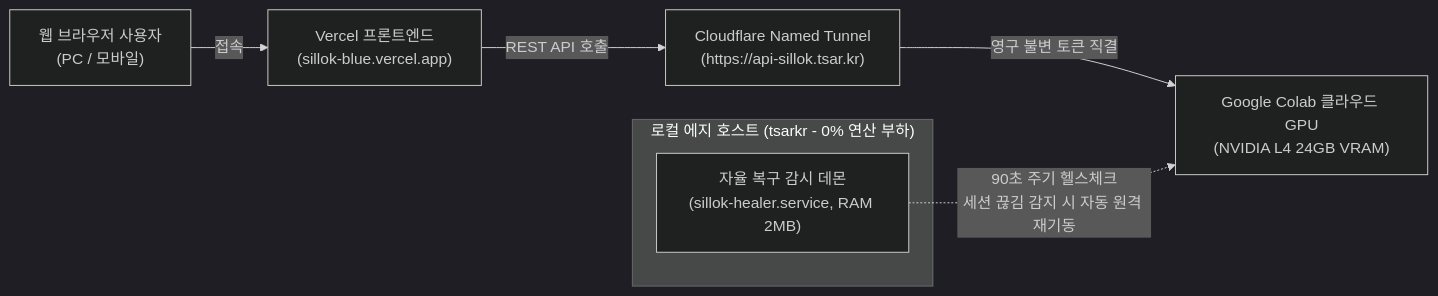
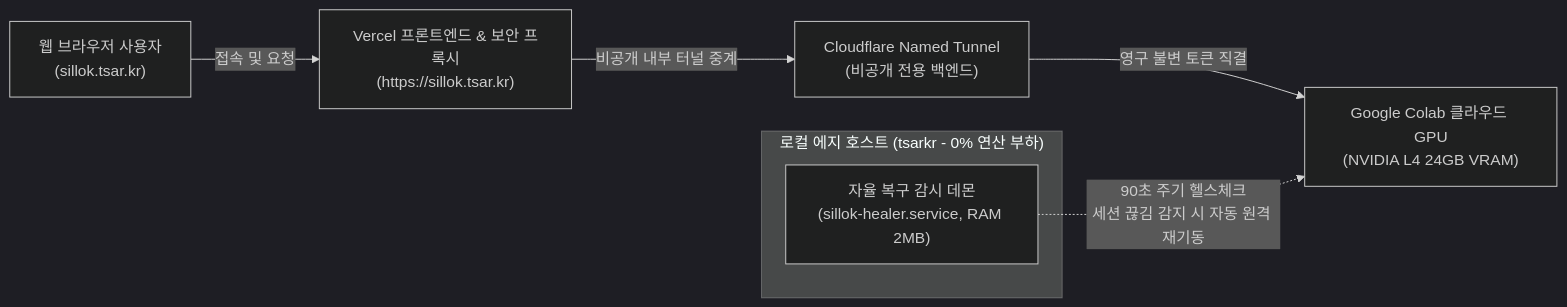
The diagram in README.md (tsarkr/sillok), drawn with Mermaid (dark theme) before and after one commit. The commit also changed other lines of this file, not shown here.

Commit message:
docs: set official studio to sillok.tsar.kr and hide private backend api from public readme

````diff
--- a/README.md
+++ b/README.md
@@ -41,12 +40,12 @@
 ```mermaid
 flowchart LR
-    User["웹 브라우저 사용자\n(PC / 모바일)"] -->|"접속"| Vercel["Vercel 프론트엔드\n(sillok-blue.vercel.app)"]
-    Vercel -->|"REST API 호출"| CF["Cloudflare Named Tunnel\n(https://api-sillok.tsar.kr)"]
+    User["웹 브라우저 사용자\n(sillok.tsar.kr)"] -->|"접속 및 요청"| Vercel["Vercel 프론트엔드 & 보안 프록시\n(https://sillok.tsar.kr)"]
+    Vercel -->|"비공개 내부 터널 중계"| CF["Cloudflare Named Tunnel\n(비공개 전용 백엔드)"]
     CF -->|"영구 불변 토큰 직결"| GPU["Google Colab 클라우드 GPU\n(NVIDIA L4 24GB VRAM)"]
     
     subgraph EdgeHost["로컬 에지 호스트 (tsarkr - 0% 연산 부하)"]
         Healer["자율 복구 감시 데몬\n(sillok-healer.service, RAM 2MB)"]
     end
     
     Healer -.->|"90초 주기 헬스체크\n세션 끊김 감지 시 자동 원격 재기동"| GPU
 ```
````
